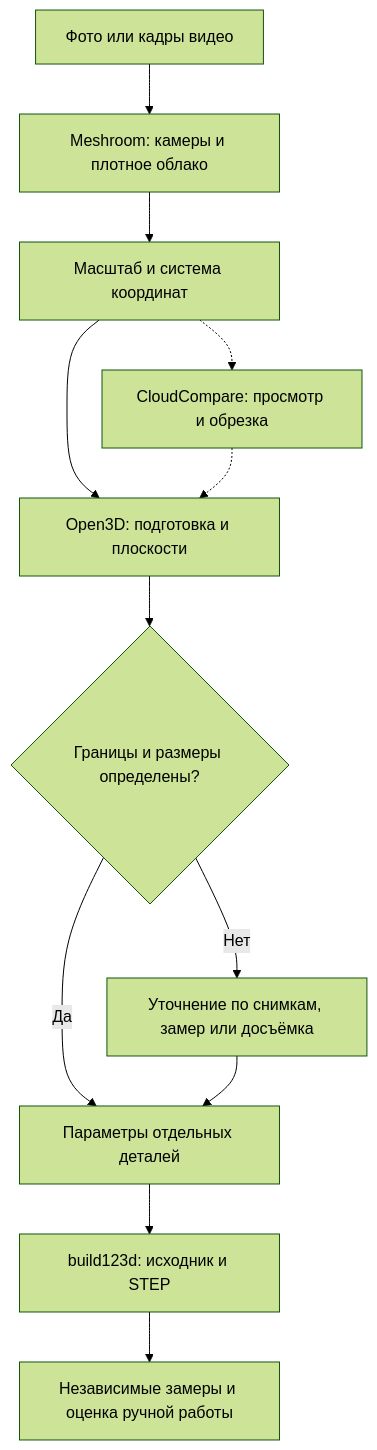
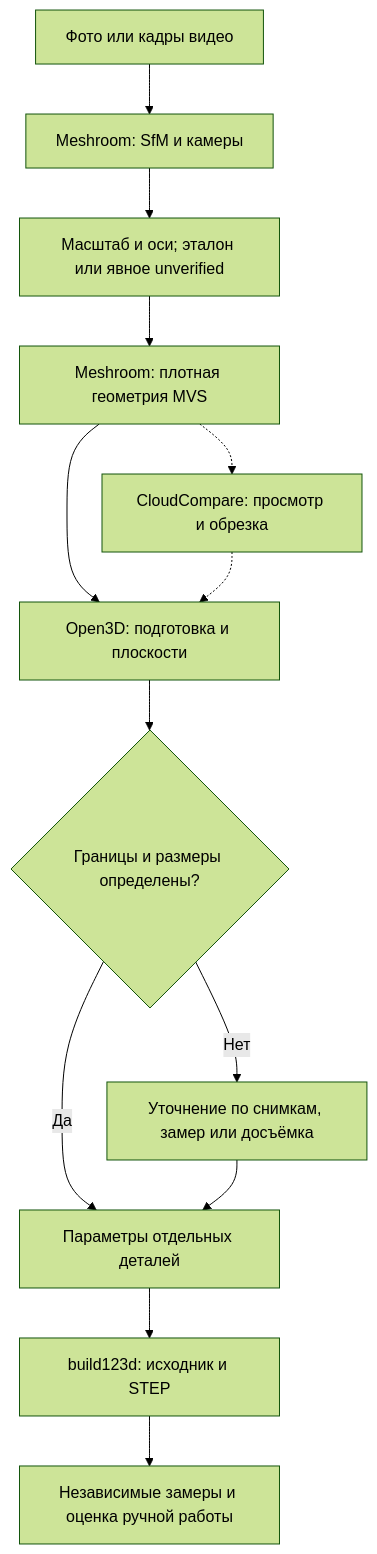
Before and after one commit to Kwentin3/photogrammetry-to-cad: the diagram in docs/pipeline.md, drawn with Mermaid (forest theme). The commit also changed other lines of this file and 52 other files, not shown here.

````diff
--- a/docs/pipeline.md
+++ b/docs/pipeline.md
@@ -5,14 +5,15 @@
 ```mermaid
 flowchart TD
-    A["Фото или кадры видео"] --> B["Meshroom: камеры и плотное облако"]
-    B --> C["Масштаб и система координат"]
-    C --> D["Open3D: подготовка и плоскости"]
-    C -.-> V["CloudCompare: просмотр и обрезка"]
+    A["Фото или кадры видео"] --> B["Meshroom: SfM и камеры"]
+    B --> C["Масштаб и оси; эталон или явное unverified"]
+    C --> M["Meshroom: плотная геометрия MVS"]
+    M --> D["Open3D: подготовка и плоскости"]
+    M -.-> V["CloudCompare: просмотр и обрезка"]
     V -.-> D
     D --> E{"Границы и размеры определены?"}
     E -->|Да| F["Параметры отдельных деталей"]
     E -->|Нет| H["Уточнение по снимкам, замер или досъёмка"]
     H --> F
     F --> G["build123d: исходник и STEP"]
     G --> I["Независимые замеры и оценка ручной работы"]
 ```
````
